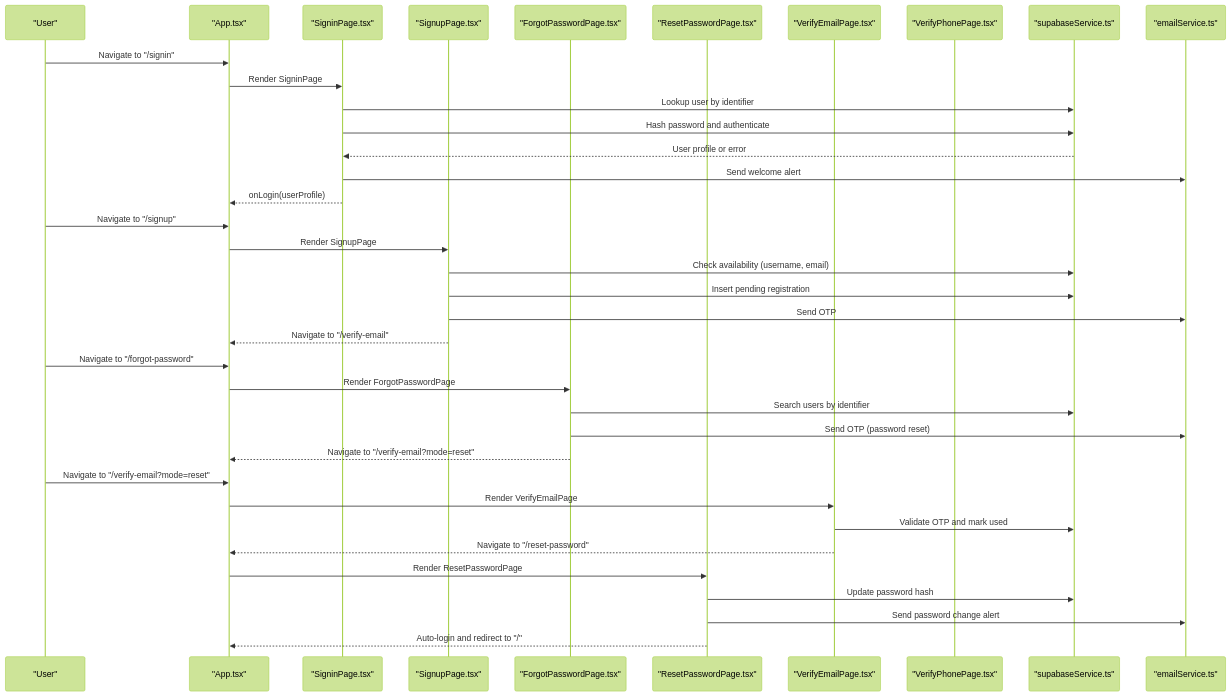
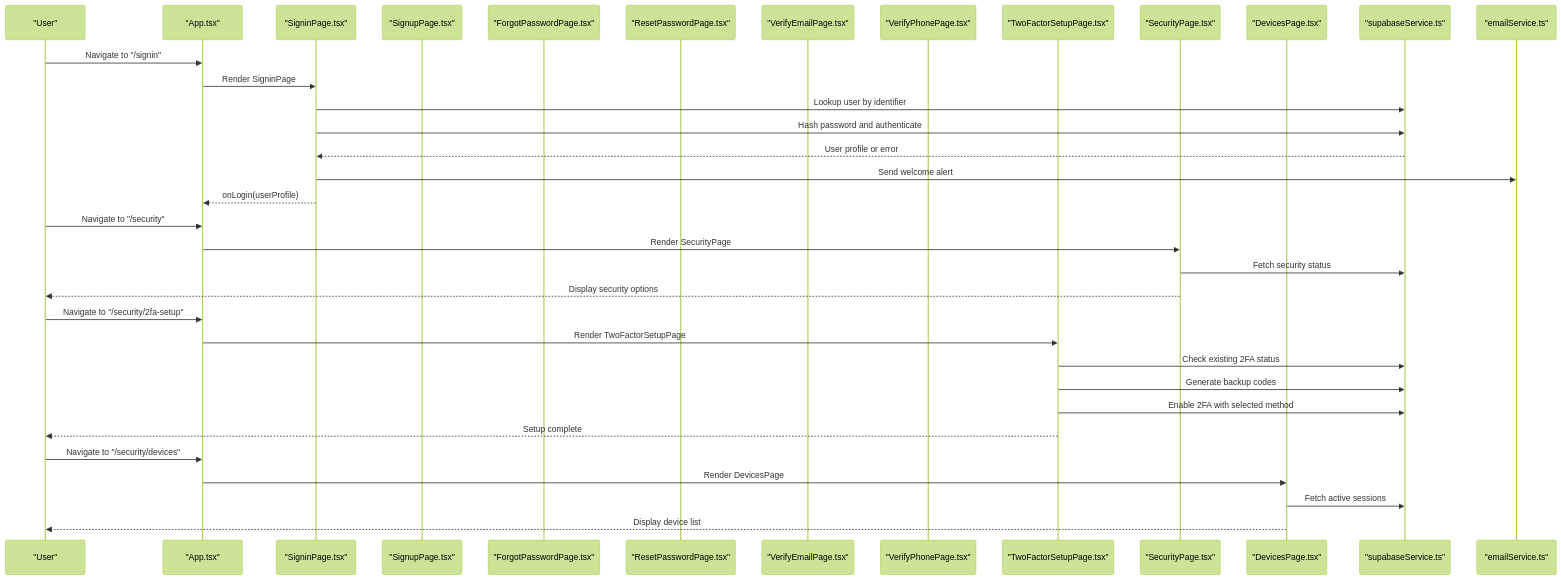
Before and after one commit to zpria/ACCOUND-ZPRIA: the second of 9 diagrams in .qoder/repowiki/en/content/Page Components/Authentication Pages.md, drawn with Mermaid (forest theme). The commit also changed other lines of this file and 12 other files, not shown here.

````diff
--- a/.qoder/repowiki/en/content/Page Components/Authentication Pages.md
+++ b/.qoder/repowiki/en/content/Page Components/Authentication Pages.md
@@ -120,39 +138,37 @@
 ```mermaid
 sequenceDiagram
 participant U as "User"
 participant App as "App.tsx"
 participant SI as "SigninPage.tsx"
 participant SU as "SignupPage.tsx"
 participant FP as "ForgotPasswordPage.tsx"
 participant RP as "ResetPasswordPage.tsx"
 participant VE as "VerifyEmailPage.tsx"
 participant VP as "VerifyPhonePage.tsx"
+participant TFS as "TwoFactorSetupPage.tsx"
+participant SEC as "SecurityPage.tsx"
+participant DEV as "DevicesPage.tsx"
 participant SB as "supabaseService.ts"
 participant ES as "emailService.ts"
 U->>App : Navigate to "/signin"
 App->>SI : Render SigninPage
 SI->>SB : Lookup user by identifier
 SI->>SB : Hash password and authenticate
 SB-->>SI : User profile or error
 SI->>ES : Send welcome alert
 SI-->>App : onLogin(userProfile)
-U->>App : Navigate to "/signup"
-App->>SU : Render SignupPage
-SU->>SB : Check availability (username, email)
-SU->>SB : Insert pending registration
-SU->>ES : Send OTP
-SU-->>App : Navigate to "/verify-email"
-U->>App : Navigate to "/forgot-password"
-App->>FP : Render ForgotPasswordPage
-FP->>SB : Search users by identifier
-FP->>ES : Send OTP (password reset)
-FP-->>App : Navigate to "/verify-email?mode=reset"
-U->>App : Navigate to "/verify-email?mode=reset"
-App->>VE : Render VerifyEmailPage
-VE->>SB : Validate OTP and mark used
-VE-->>App : Navigate to "/reset-password"
-App->>RP : Render ResetPasswordPage
-RP->>SB : Update password hash
-RP->>ES : Send password change alert
-RP-->>App : Auto-login and redirect to "/"
+U->>App : Navigate to "/security"
+App->>SEC : Render SecurityPage
+SEC->>SB : Fetch security status
+SEC-->>U : Display security options
+U->>App : Navigate to "/security/2fa-setup"
+App->>TFS : Render TwoFactorSetupPage
+TFS->>SB : Check existing 2FA status
+TFS->>SB : Generate backup codes
+TFS->>SB : Enable 2FA with selected method
+TFS-->>U : Setup complete
+U->>App : Navigate to "/security/devices"
+App->>DEV : Render DevicesPage
+DEV->>SB : Fetch active sessions
+DEV-->>U : Display device list
 ```
````
